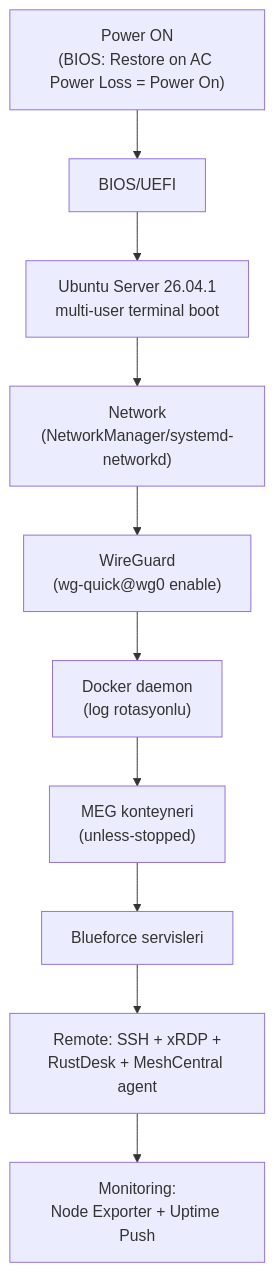
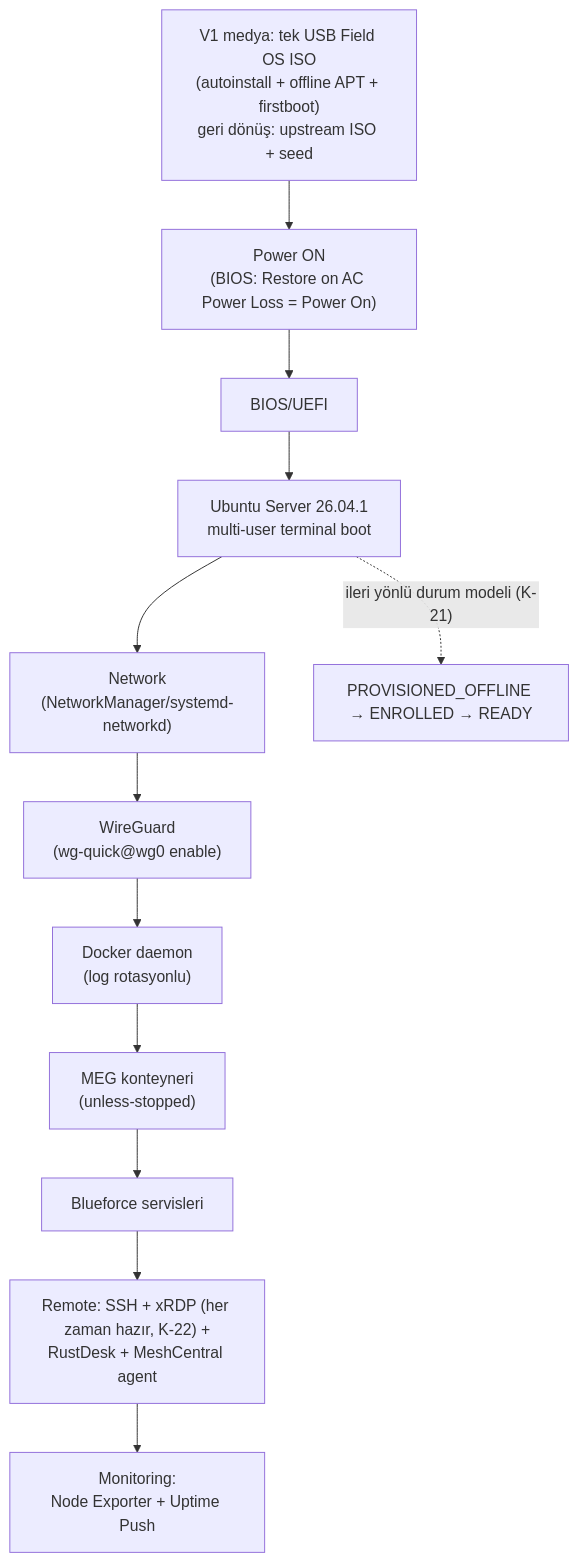
The second of 3 diagrams in docs/01-ARCHITECTURE.md (emirhanmamak-blueforce/Blueforce-Linux), drawn with Mermaid before and after one commit. The commit also changed other lines of this file and 176 other files, not shown here.

````diff
--- a/docs/01-ARCHITECTURE.md
+++ b/docs/01-ARCHITECTURE.md
@@ -123,12 +130,14 @@
 ```mermaid
 flowchart TB
-    PWR["Power ON<br/>(BIOS: Restore on AC Power Loss = Power On)"] --> BIOS["BIOS/UEFI"]
+    MEDYA["V1 medya: tek USB Field OS ISO<br/>(autoinstall + offline APT + firstboot)<br/>geri dönüş: upstream ISO + seed"] --> PWR["Power ON<br/>(BIOS: Restore on AC Power Loss = Power On)"]
+    PWR --> BIOS["BIOS/UEFI"]
     BIOS --> UB["Ubuntu Server 26.04.1<br/>multi-user terminal boot"]
     UB --> NET["Network<br/>(NetworkManager/systemd-networkd)"]
     NET --> WGV["WireGuard<br/>(wg-quick@wg0 enable)"]
     WGV --> DKR["Docker daemon<br/>(log rotasyonlu)"]
     DKR --> MEG["MEG konteyneri<br/>(unless-stopped)"]
     MEG --> BF["Blueforce servisleri"]
-    BF --> REM["Remote: SSH + xRDP +<br/>RustDesk + MeshCentral agent"]
+    BF --> REM["Remote: SSH + xRDP (her zaman hazır, K-22) +<br/>RustDesk + MeshCentral agent"]
     REM --> MON["Monitoring:<br/>Node Exporter + Uptime Push"]
+    UB -.->|"ileri yönlü durum modeli (K-21)"| ST["PROVISIONED_OFFLINE → ENROLLED → READY"]
 ```
````
